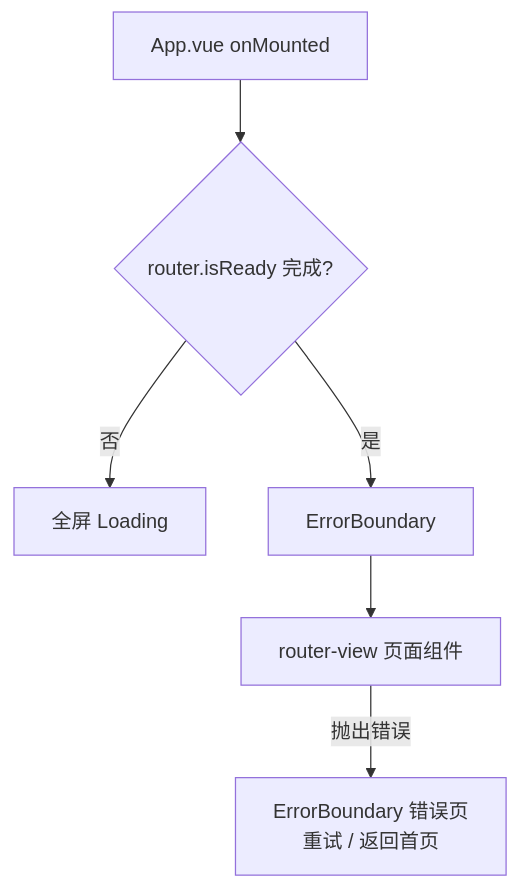
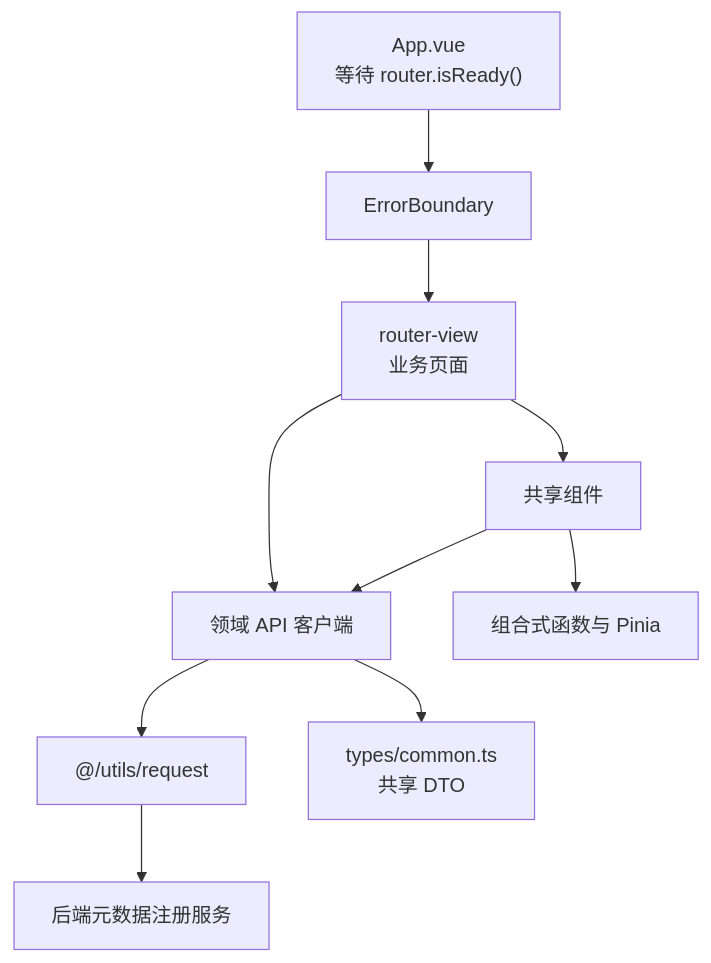
The diagram in docs/architecture/modules/metadata-registry-ui-src.md (matrixlane/MetadataRegistry4J), drawn with Mermaid before and after one commit. The commit also changed other lines of this file and 321 other files, not shown here.

````diff
--- a/docs/architecture/modules/metadata-registry-ui-src.md
+++ b/docs/architecture/modules/metadata-registry-ui-src.md
@@ -45,8 +18,12 @@
 ```mermaid
 flowchart TD
-    A[App.vue onMounted] --> B{router.isReady 完成?}
-    B -- 否 --> C[全屏 Loading]
-    B -- 是 --> D[ErrorBoundary]
-    D --> E[router-view 页面组件]
-    E -- 抛出错误 --> F[ErrorBoundary 错误页<br/>重试 / 返回首页]
+    A["App.vue<br/>等待 router.isReady()"] --> B["ErrorBoundary"]
+    B --> C["router-view<br/>业务页面"]
+    C --> D["共享组件"]
+    C --> E["领域 API 客户端"]
+    D --> E
+    D --> F["组合式函数与 Pinia"]
+    E --> G["@/utils/request"]
+    G --> H["后端元数据注册服务"]
+    E --> I["types/common.ts<br/>共享 DTO"]
 ```
````
